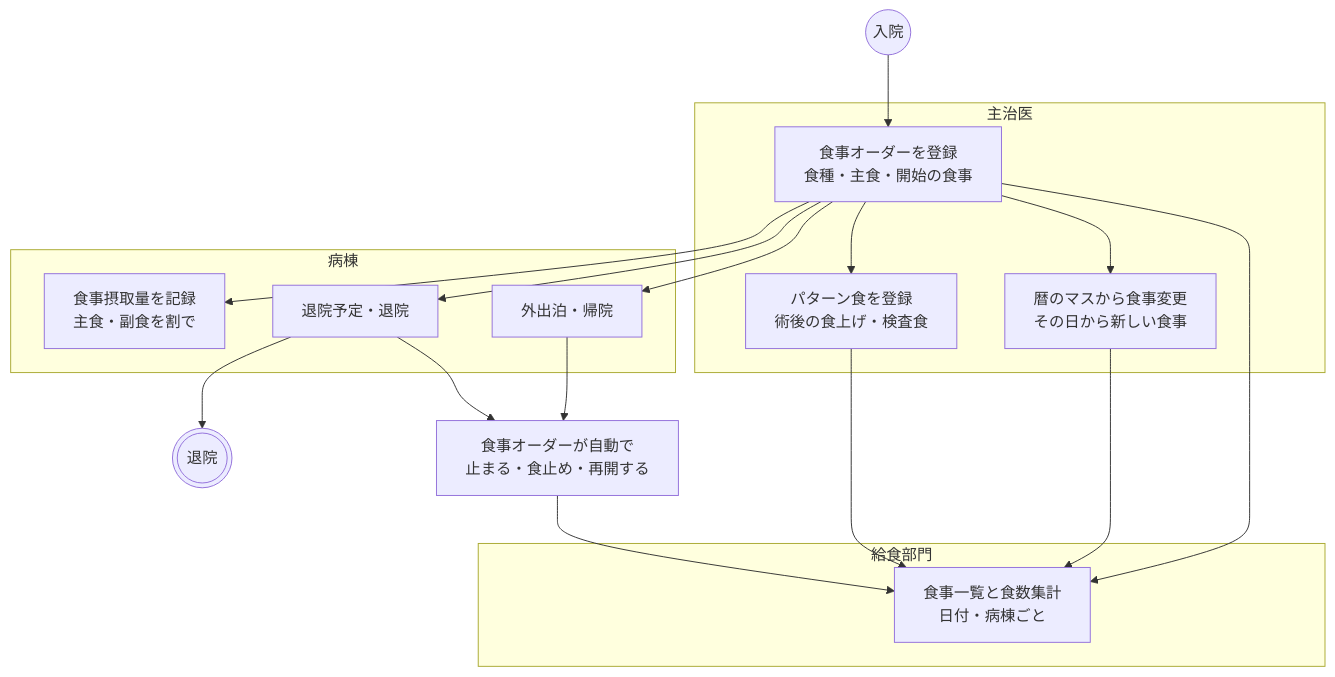
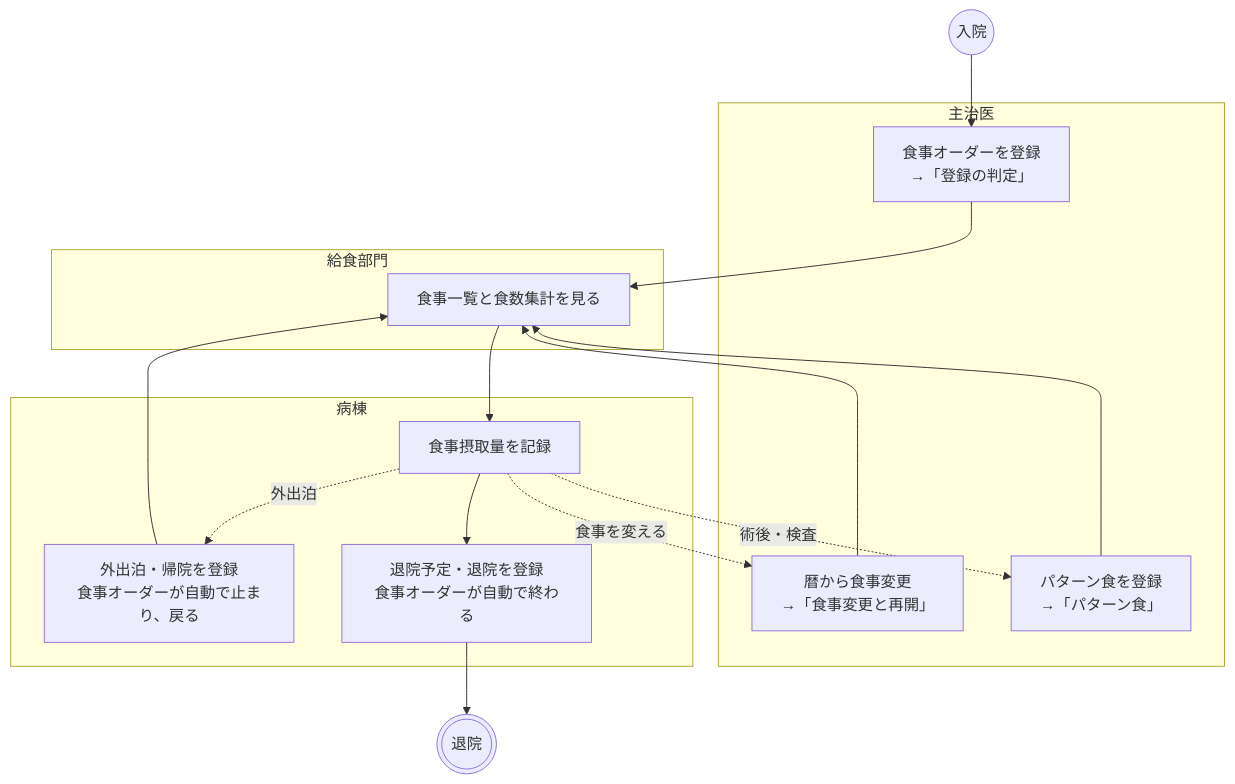
One commit to ysnr-dev/fhir-client-docs changed the first of 8 diagrams in docs/flows/meal.md. Above: the diagram before and after it, drawn with Mermaid. The commit also changed other lines of this file and 43 other files, not shown here.

Commit message:
docs: 業務フローとシーケンス図を写し直し

````diff
--- a/docs/flows/meal.md
+++ b/docs/flows/meal.md
@@ -46,31 +13,27 @@
 ```mermaid
 flowchart TD
   start(("入院"))
   finish((("退院")))
 
   subgraph doctor["主治医"]
-    order["食事オーダーを登録<br/>食種・主食・開始の食事"]
-    change["暦のマスから食事変更<br/>その日から新しい食事"]
-    pattern["パターン食を登録<br/>術後の食上げ・検査食"]
+    order["食事オーダーを登録<br/>→「登録の判定」"]
+    change["暦から食事変更<br/>→「食事変更と再開」"]
+    pattern["パターン食を登録<br/>→「パターン食」"]
+  end
+
+  subgraph kitchen["給食部門"]
+    list["食事一覧と食数集計を見る"]
   end
 
   subgraph ward["病棟"]
-    intake["食事摂取量を記録<br/>主食・副食を割で"]
-    leave["外出泊・帰院"]
-    plan["退院予定・退院"]
+    intake["食事摂取量を記録"]
+    leave["外出泊・帰院を登録<br/>食事オーダーが自動で止まり、戻る"]
+    plan["退院予定・退院を登録<br/>食事オーダーが自動で終わる"]
   end
 
-  subgraph kitchen["給食部門"]
-    list["食事一覧と食数集計<br/>日付・病棟ごと"]
-  end
-
-  sync["食事オーダーが自動で<br/>止まる・食止め・再開する"]
-
-  start --> order --> list
-  order --> intake
-  order --> change --> list
-  order --> pattern --> list
-  order --> leave --> sync --> list
-  order --> plan --> sync
-  plan --> finish
+  start --> order --> list --> intake
+  intake -. "食事を変える" .-> change --> list
+  intake -. "術後・検査" .-> pattern --> list
+  intake -. "外出泊" .-> leave --> list
+  intake --> plan --> finish
 ```
````
